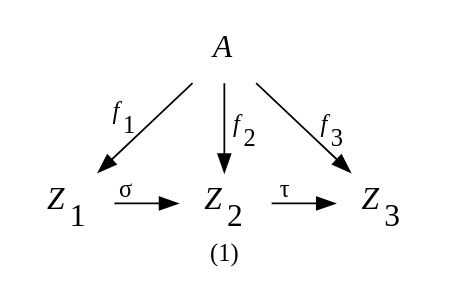
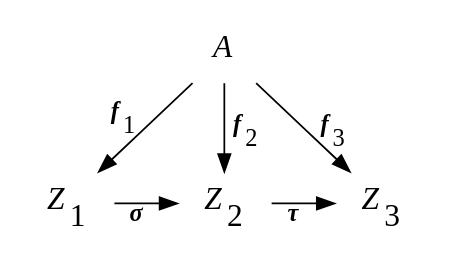
One commit to bcatalfo/Math-Solutions changed the fifth of 11 diagrams in docs/Paolo-Aluffi-Algebra-Chapter-0/Chapter-1-Preliminaries-Set-Theory-And-Categories/Section-3-Categories.md. Above: the diagram before and after it, drawn with Graphviz. The commit also changed other lines of this file and 6 other files, not shown here.

Commit message:
Fixed all the commutative diagrams in 3.7.

````diff
--- a/docs/Paolo-Aluffi-Algebra-Chapter-0/Chapter-1-Preliminaries-Set-Theory-And-Categories/Section-3-Categories.md
+++ b/docs/Paolo-Aluffi-Algebra-Chapter-0/Chapter-1-Preliminaries-Set-Theory-And-Categories/Section-3-Categories.md
@@ -129,17 +129,16 @@
 ```dot
 digraph {
-  label="(1)"
   {
     node [shape=none fontsize=18]
     A [label=<<i>A</i>>];
     Z_1 [label=<<i>Z</i><sub>1</sub>>];
     Z_2 [label=<<i>Z</i><sub>2</sub>>];
     Z_3 [label=<<i>Z</i><sub>3</sub>>]
   }
-    A -> Z_1 [xlabel=<<i>f</i><sub>1</sub> >];
-    A -> Z_2 [label=< <i>f</i><sub>2</sub>>];
-    {Z_1 -> Z_2 [xlabel=<  &sigma;>]; rank=same;}
-    A -> Z_3 [label=< <i>f</i><sub>3</sub>>];
-    {Z_2 -> Z_3 [xlabel=<  &tau;>]; rank=same;}
+    A -> Z_1 [xlabel=<<i><b>f</b></i><sub>1</sub> >];
+    A -> Z_2 [label=< <i><b>f</b></i><sub>2</sub>>];
+    {Z_1 -> Z_2 [xlabel=<  <i><b>&sigma;    </b></i>>]; rank=same;}
+    A -> Z_3 [label=< <i><b>f</b></i><sub>3</sub>>];
+    {Z_2 -> Z_3 [xlabel=<  <i><b>&tau;    </b></i>>]; rank=same;}
 }
 ```
````
